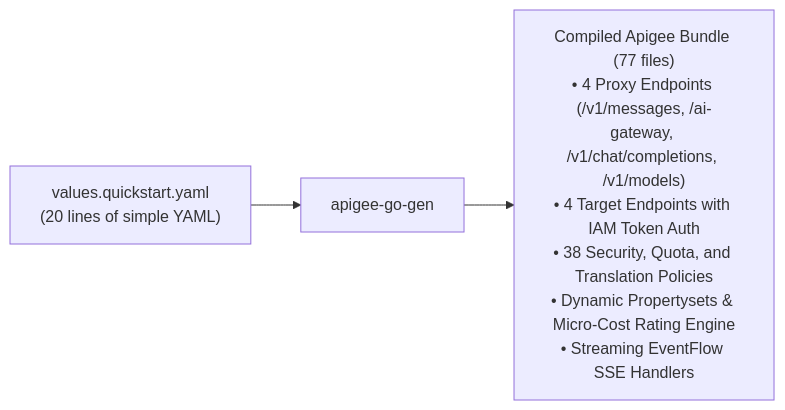
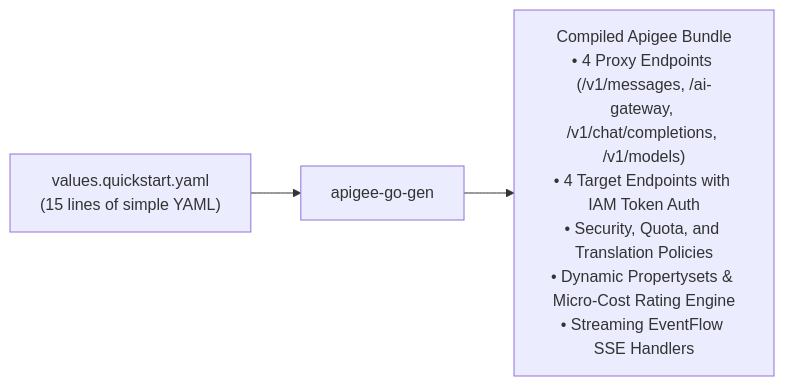
The diagram in docs/getting-started/quickstart-template.md (ra2085/ai-gw-sample), drawn with Mermaid before and after one commit. The commit also changed other lines of this file and 32 other files, not shown here.

````diff
--- a/docs/getting-started/quickstart-template.md
+++ b/docs/getting-started/quickstart-template.md
@@ -62,9 +54,9 @@
 ```mermaid
 graph LR
-    YAML["values.quickstart.yaml<br/>(20 lines of simple YAML)"]
+    YAML["values.quickstart.yaml<br/>(15 lines of simple YAML)"]
     Engine["apigee-go-gen"]
-    Bundle["Compiled Apigee Bundle (77 files)<br/>• 4 Proxy Endpoints (/v1/messages, /ai-gateway, /v1/chat/completions, /v1/models)<br/>• 4 Target Endpoints with IAM Token Auth<br/>• 38 Security, Quota, and Translation Policies<br/>• Dynamic Propertysets & Micro-Cost Rating Engine<br/>• Streaming EventFlow SSE Handlers"]
+    Bundle["Compiled Apigee Bundle<br/>• 4 Proxy Endpoints (/v1/messages, /ai-gateway, /v1/chat/completions, /v1/models)<br/>• 4 Target Endpoints with IAM Token Auth<br/>• Security, Quota, and Translation Policies<br/>• Dynamic Propertysets & Micro-Cost Rating Engine<br/>• Streaming EventFlow SSE Handlers"]
 
     YAML --> Engine
     Engine --> Bundle
 ```
````
